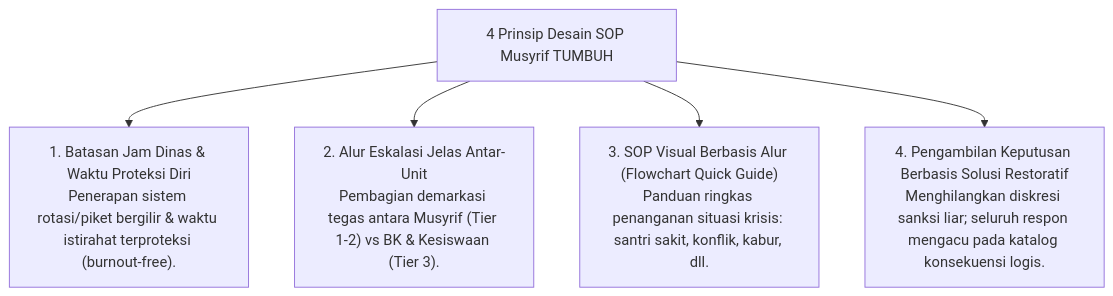
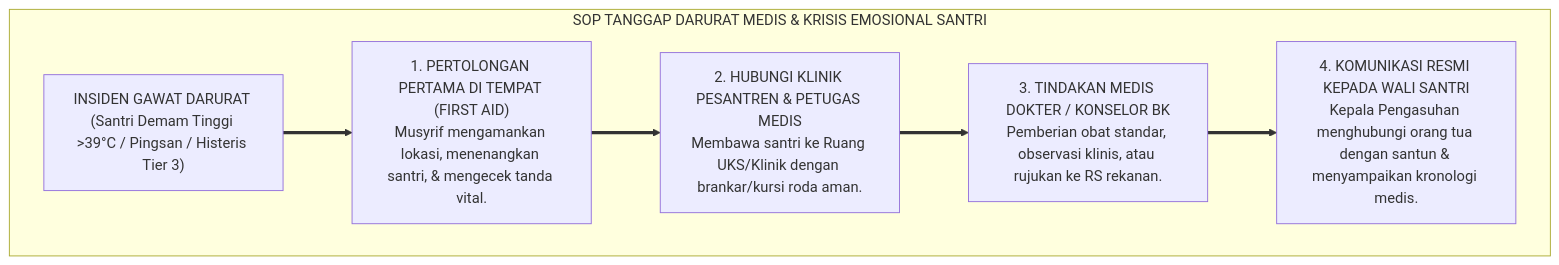
One commit to wandiapriliyandi/tumbuh changed the fourth of 7 diagrams in 02 Principles/02 Design Principles/P2-02-03-Prinsip-Desain-SOP-dan-Alur-Kerja-Musyrif.md. Above: the diagram before and after it, drawn with Mermaid. The commit also changed other lines of this file and 42 other files, not shown here.

````diff
--- a/02 Principles/02 Design Principles/P2-02-03-Prinsip-Desain-SOP-dan-Alur-Kerja-Musyrif.md
+++ b/02 Principles/02 Design Principles/P2-02-03-Prinsip-Desain-SOP-dan-Alur-Kerja-Musyrif.md
@@ -18,9 +126,16 @@
 ```mermaid
-graph TD
-    SOP["4 Prinsip Desain SOP Musyrif TUMBUH"]
-    
-    SOP --> P1["1. Batasan Jam Dinas & Waktu Proteksi Diri<br/>Penerapan sistem rotasi/piket bergilir & waktu istirahat terproteksi (burnout-free)."]
-    SOP --> P2["2. Alur Eskalasi Jelas Antar-Unit<br/>Pembagian demarkasi tegas antara Musyrif (Tier 1-2) vs BK & Kesiswaan (Tier 3)."]
-    SOP --> P3["3. SOP Visual Berbasis Alur (Flowchart Quick Guide)<br/>Panduan ringkas penanganan situasi krisis: santri sakit, konflik, kabur, dll."]
-    SOP --> P4["4. Pengambilan Keputusan Berbasis Solusi Restoratif<br/>Menghilangkan diskresi sanksi liar; seluruh respon mengacu pada katalog konsekuensi logis."]
+flowchart TD
+    subgraph AlurTanggapDaruratSantri["SOP TANGGAP DARURAT MEDIS & KRISIS EMOSIONAL SANTRI"]
+        Insiden["INSIDEN GAWAT DARURAT (Santri Demam Tinggi >39°C / Pingsan / Histeris Tier 3)"]
+        
+        Langkah1["1. PERTOLONGAN PERTAMA DI TEMPAT (FIRST AID)<br/>Musyrif mengamankan lokasi, menenangkan santri, & mengecek tanda vital."]
+        
+        Langkah2["2. HUBUNGI KLINIK PESANTREN & PETUGAS MEDIS<br/>Membawa santri ke Ruang UKS/Klinik dengan brankar/kursi roda aman."]
+        
+        Langkah3["3. TINDAKAN MEDIS DOKTER / KONSELOR BK<br/>Pemberian obat standar, observasi klinis, atau rujukan ke RS rekanan."]
+        
+        Langkah4["4. KOMUNIKASI RESMI KEPADA WALI SANTRI<br/>Kepala Pengasuhan menghubungi orang tua dengan santun & menyampaikan kronologi medis."]
+        
+        Insiden ==> Langkah1 ==> Langkah2 ==> Langkah3 ==> Langkah4
+    end
 ```
````
